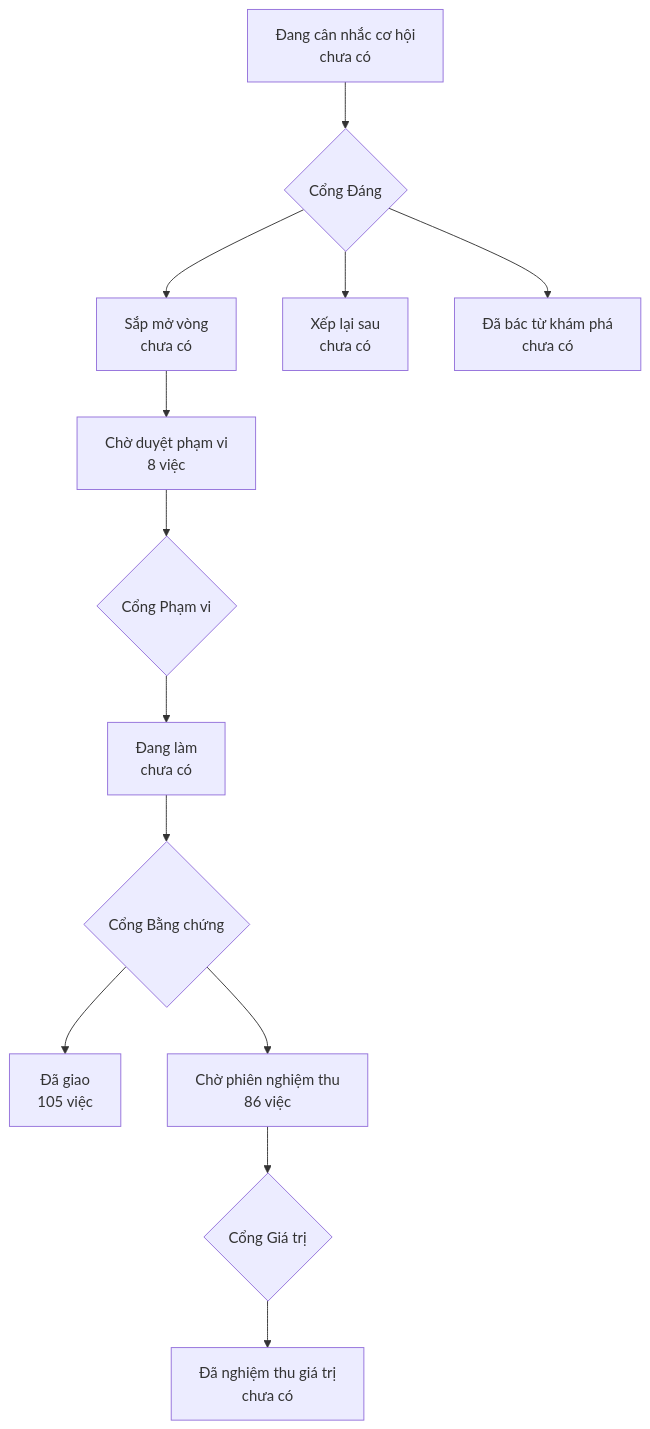
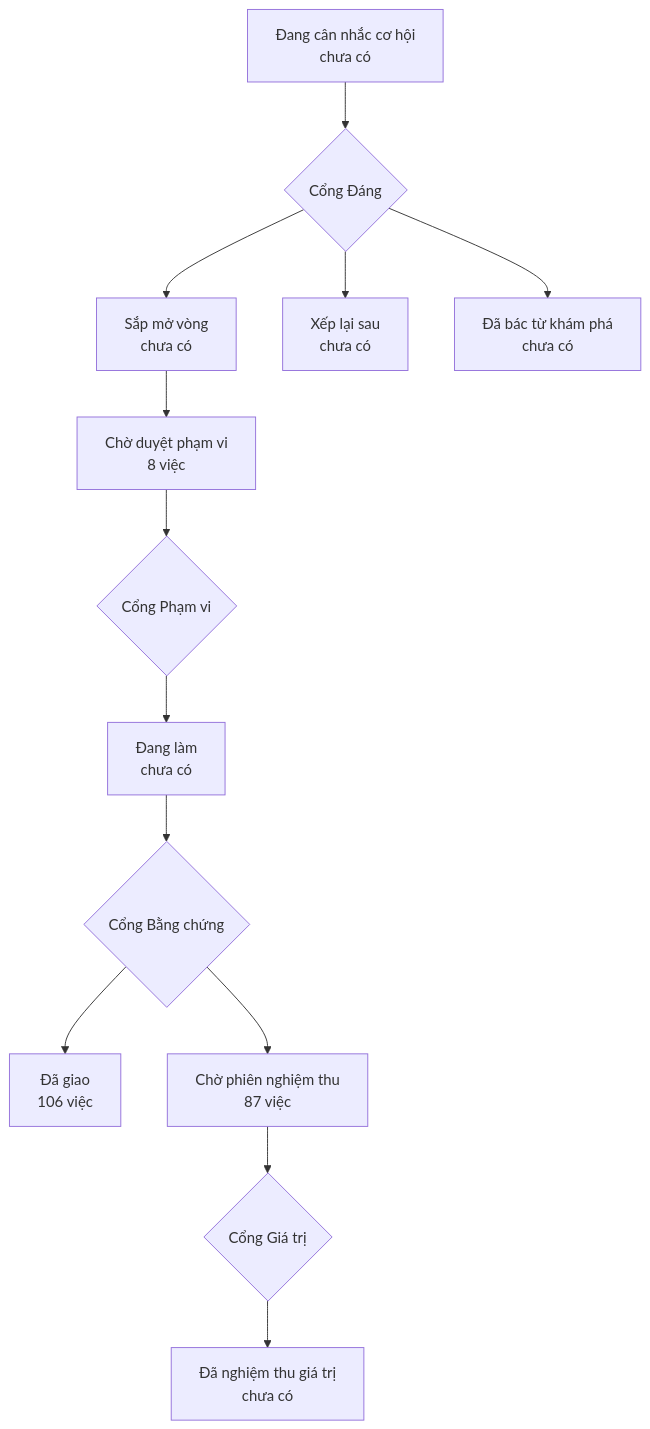
Before and after one commit to phanlemanh/onehub-invest: the diagram in PRODUCT-MAP.md, drawn with Mermaid. The commit also changed other lines of this file and 1 other file, not shown here.

Commit message:
chore(acceptance): vẽ lại bản đồ sau gộp main

````diff
--- a/PRODUCT-MAP.md
+++ b/PRODUCT-MAP.md
@@ -7,12 +7,12 @@
 ```mermaid
 flowchart TD
   A["Đang cân nhắc cơ hội<br/>chưa có"] --> GD{"Cổng Đáng"}
   GD --> B["Sắp mở vòng<br/>chưa có"]
   GD --> XL["Xếp lại sau<br/>chưa có"]
   GD --> DB["Đã bác từ khám phá<br/>chưa có"]
   B --> CD["Chờ duyệt phạm vi<br/>8 việc"] --> GP{"Cổng Phạm vi"}
   GP --> DL["Đang làm<br/>chưa có"] --> GB{"Cổng Bằng chứng"}
-  GB --> DG["Đã giao<br/>105 việc"]
-  GB --> CN["Chờ phiên nghiệm thu<br/>86 việc"] --> GG{"Cổng Giá trị"}
+  GB --> DG["Đã giao<br/>106 việc"]
+  GB --> CN["Chờ phiên nghiệm thu<br/>87 việc"] --> GG{"Cổng Giá trị"}
   GG --> NT["Đã nghiệm thu giá trị<br/>chưa có"]
 ```
````
